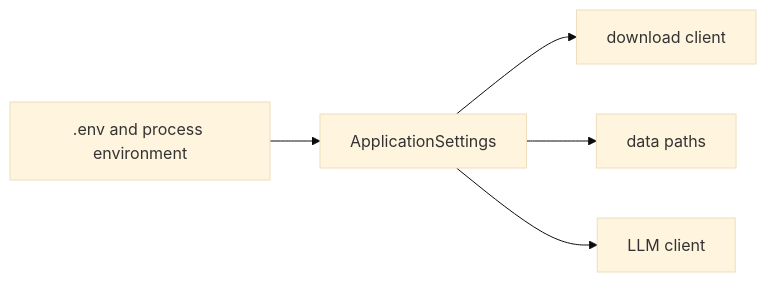
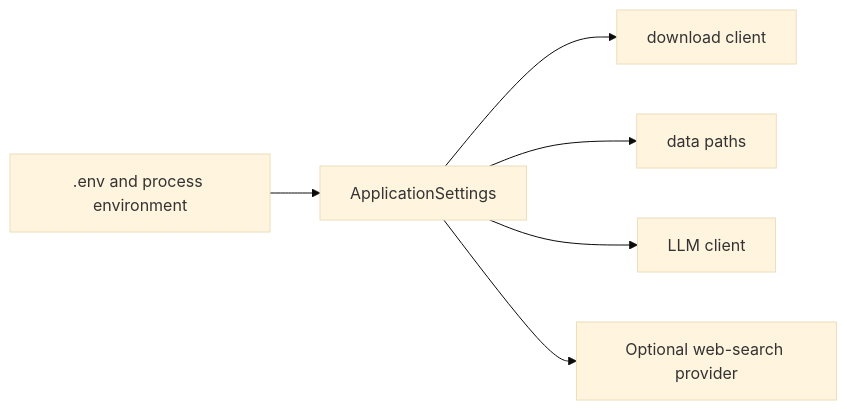
One commit to nikolabakic/Banking-Technology-and-Operational-Risk-Intelligence-Assistant changed the diagram in src/bankscope/config/README.md. Above: the diagram before and after it, drawn with Mermaid (base theme). The commit also changed other lines of this file and 45 other files, not shown here.

Commit message:
Add general chat web search and calculator tools

````diff
--- a/src/bankscope/config/README.md
+++ b/src/bankscope/config/README.md
@@ -7,7 +7,8 @@
 ```mermaid
 flowchart LR
     Env[.env and process environment] --> Settings[ApplicationSettings]
     Settings --> SEC[download client]
     Settings --> Paths[data paths]
     Settings --> Model[LLM client]
+    Settings --> Web[Optional web-search provider]
 ```
````
